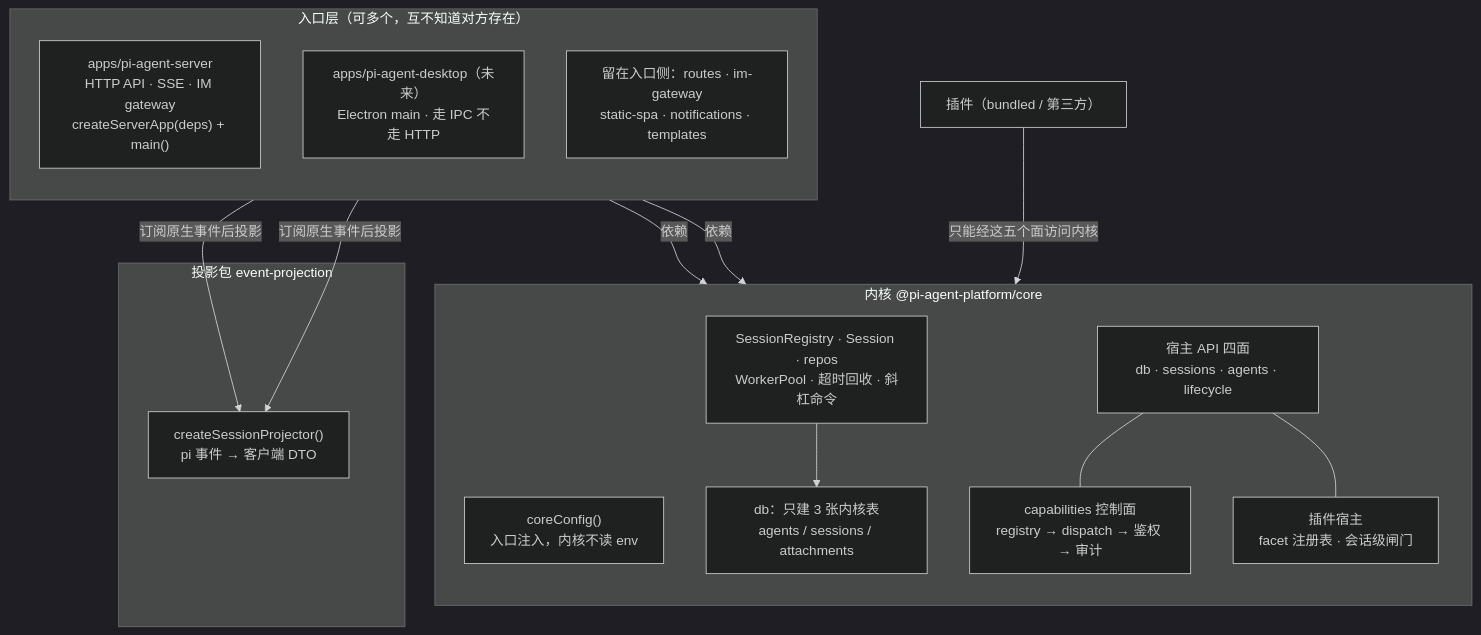
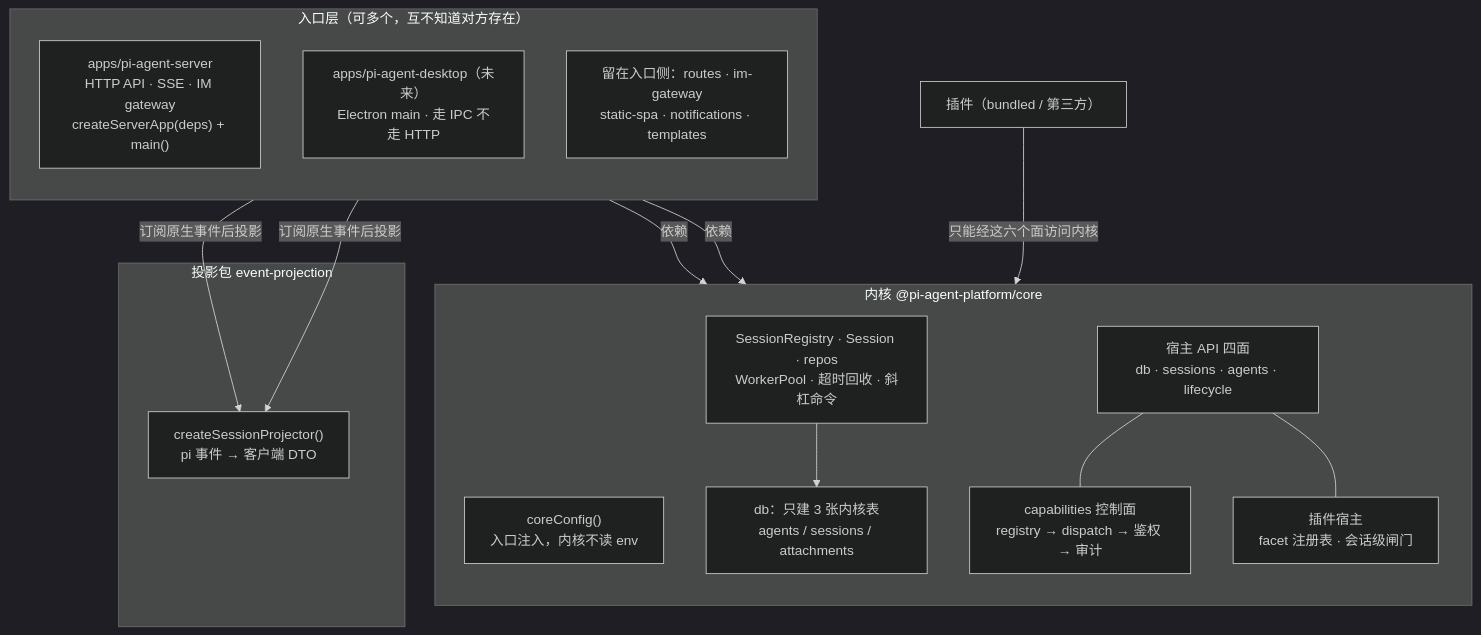
The diagram in doc/architecture/pi-agent-server_core-sdk.md (shinexsf/pi-agent-platform), drawn with Mermaid (dark theme) before and after one commit. The commit also changed other lines of this file and 7 other files, not shown here.

````diff
--- a/doc/architecture/pi-agent-server_core-sdk.md
+++ b/doc/architecture/pi-agent-server_core-sdk.md
@@ -15,34 +15,34 @@
 ```mermaid
 flowchart TB
     subgraph Entries["入口层（可多个，互不知道对方存在）"]
         direction TB
         E1["apps/pi-agent-server<br/>HTTP API · SSE · IM gateway<br/>createServerApp(deps) + main()"]
         E2["apps/pi-agent-desktop（未来）<br/>Electron main · 走 IPC 不走 HTTP"]
         S1["留在入口侧：routes · im-gateway<br/>static-spa · notifications · templates"]
     end
 
     subgraph CoreBox["内核 @pi-agent-platform/core"]
         direction TB
         K5["coreConfig()<br/>入口注入，内核不读 env"]
         K2["SessionRegistry · Session · repos<br/>WorkerPool · 超时回收 · 斜杠命令"]
         K1["db：只建 3 张内核表<br/>agents / sessions / attachments"]
         K6["宿主 API 四面<br/>db · sessions · agents · lifecycle"]
         K3["capabilities 控制面<br/>registry → dispatch → 鉴权 → 审计"]
         K4["插件宿主<br/>facet 注册表 · 会话级闸门"]
     end
 
     subgraph ProjBox["投影包 event-projection"]
         P1["createSessionProjector()<br/>pi 事件 → 客户端 DTO"]
     end
 
     PLG["插件（bundled / 第三方）"]
 
     E1 -->|"依赖"| K2
     E2 -->|"依赖"| K2
     E1 -->|"订阅原生事件后投影"| P1
     E2 -->|"订阅原生事件后投影"| P1
     K2 --> K1
     K6 --- K3
     K6 --- K4
-    PLG -->|"只能经这五个面访问内核"| K6
+    PLG -->|"只能经这六个面访问内核"| K6
 ```
````
